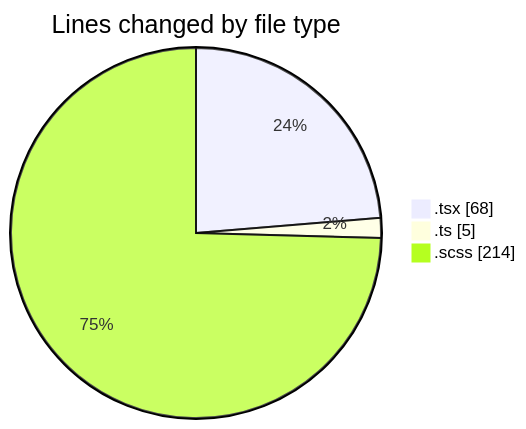
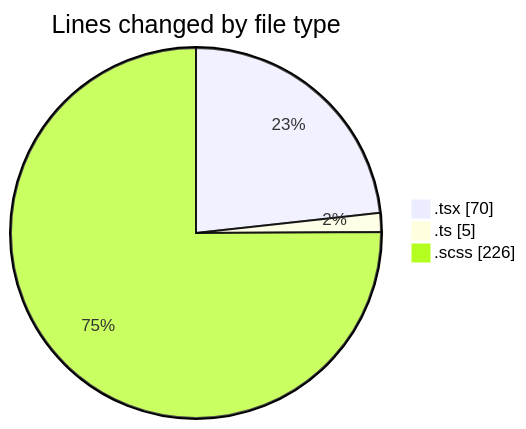
Before and after one commit to momahboobian/code-tracking: the first of 2 diagrams in 2025-02-28/cda/README.md, drawn with Mermaid. The commit also changed other lines of this file and 1 other file, not shown here.

````diff
--- a/2025-02-28/cda/README.md
+++ b/2025-02-28/cda/README.md
@@ -24,7 +24,7 @@
 ```mermaid
 pie showData
 title Lines changed by file type
-".tsx" : 68
+".tsx" : 70
 ".ts" : 5
-".scss" : 214
+".scss" : 226
 ```
````
